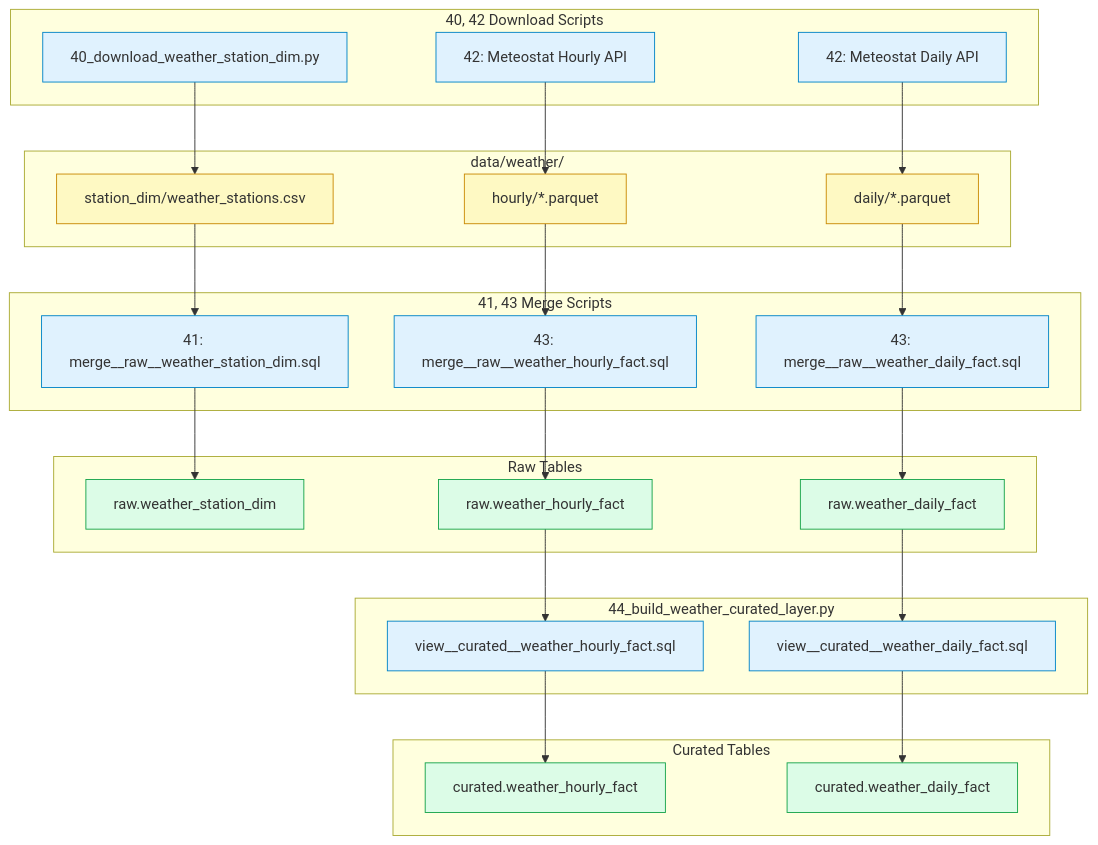
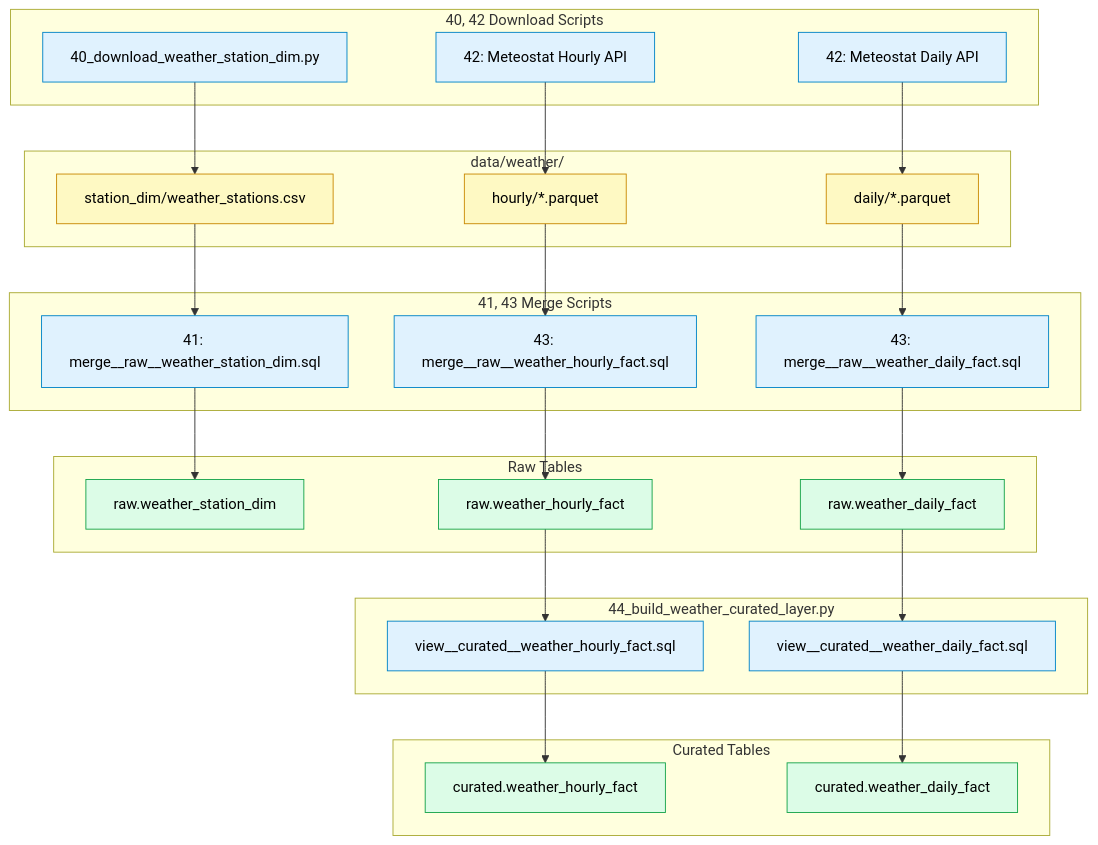
One commit to betsyhcamp/nyc_taxi changed the fifth of 5 diagrams in local/README.md. Above: the diagram before and after it, drawn with Mermaid. The commit also changed other lines of this file, not shown here.

````diff
--- a/local/README.md
+++ b/local/README.md
@@ -321,44 +323,44 @@
 ```mermaid
 flowchart TD
-    classDef script fill:#e0f2fe,stroke:#0284c7
-    classDef file fill:#fef9c3,stroke:#ca8a04
-    classDef table fill:#dcfce7,stroke:#16a34a
+    classDef script fill:#e0f2fe,stroke:#0284c7,color:#000
+    classDef file fill:#fef9c3,stroke:#ca8a04,color:#000
+    classDef table fill:#dcfce7,stroke:#16a34a,color:#000
 
     subgraph download [40, 42 Download Scripts]
         script_40[40_download_weather_station_dim.py]:::script
         script_42a[42: Meteostat Hourly API]:::script
         script_42b[42: Meteostat Daily API]:::script
     end
 
     subgraph data_folders [data/weather/]
         station_csv[station_dim/weather_stations.csv]:::file
         hourly_pq[hourly/*.parquet]:::file
         daily_pq[daily/*.parquet]:::file
     end
 
     subgraph merge_scripts [41, 43 Merge Scripts]
         merge_station[41: merge__raw__weather_station_dim.sql]:::script
         merge_hourly[43: merge__raw__weather_hourly_fact.sql]:::script
         merge_daily[43: merge__raw__weather_daily_fact.sql]:::script
     end
 
     subgraph raw_tables [Raw Tables]
         raw_station[raw.weather_station_dim]:::table
         raw_hourly[raw.weather_hourly_fact]:::table
         raw_daily[raw.weather_daily_fact]:::table
     end
 
     subgraph curate_44 [44_build_weather_curated_layer.py]
         view_hourly[view__curated__weather_hourly_fact.sql]:::script
         view_daily[view__curated__weather_daily_fact.sql]:::script
     end
 
     subgraph curated_tables [Curated Tables]
         cur_hourly[curated.weather_hourly_fact]:::table
         cur_daily[curated.weather_daily_fact]:::table
     end
 
     script_40 --> station_csv --> merge_station --> raw_station
     script_42a --> hourly_pq --> merge_hourly --> raw_hourly --> view_hourly --> cur_hourly
     script_42b --> daily_pq --> merge_daily --> raw_daily --> view_daily --> cur_daily
 ```
````
